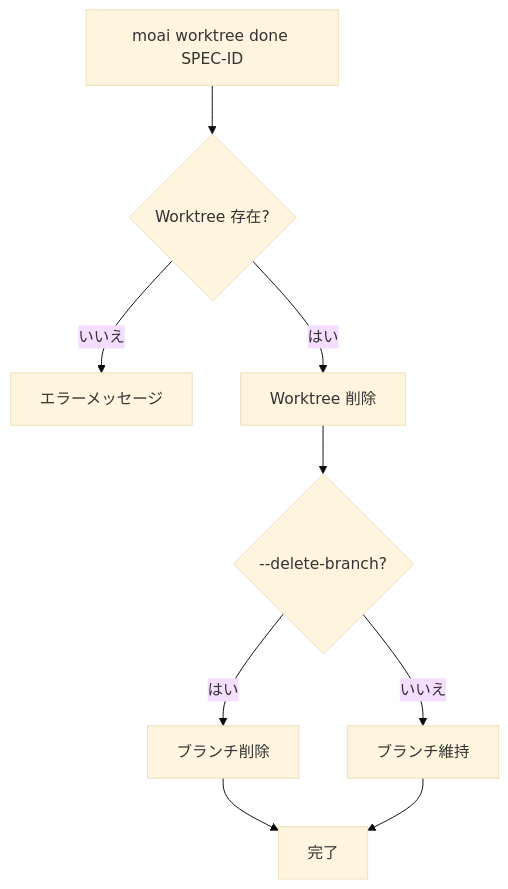
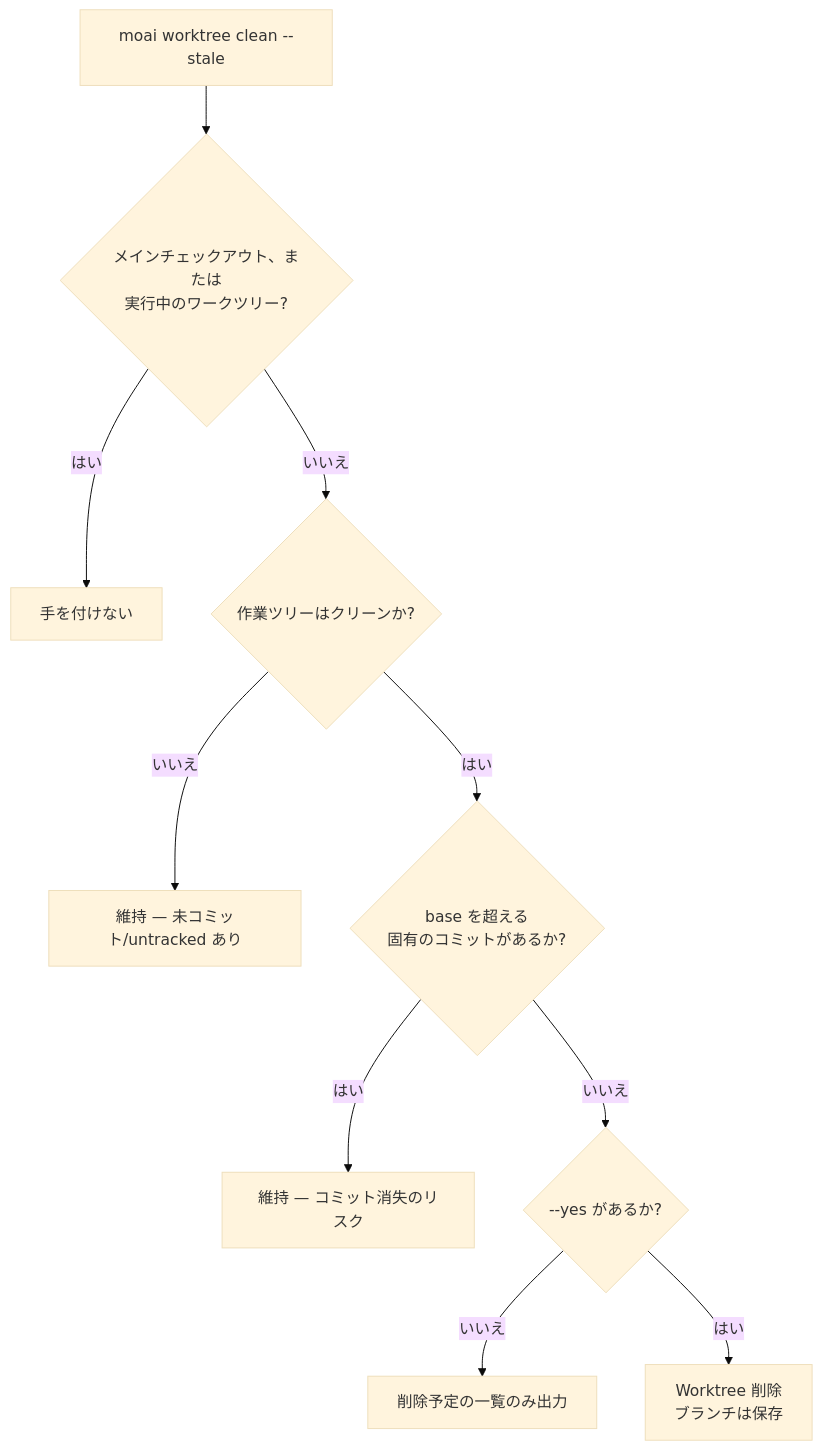
Before and after one commit to modu-ai/moai-adk: the third of 9 diagrams in docs-site/content/ja/worktree/guide.md, drawn with Mermaid (base theme). The commit also changed other lines of this file and 35 other files, not shown here.

````diff
--- a/docs-site/content/ja/worktree/guide.md
+++ b/docs-site/content/ja/worktree/guide.md
@@ -231,11 +279,12 @@
 ```mermaid
 flowchart TD
-    A[moai worktree done SPEC-ID] --> B{Worktree 存在?}
-    B -->|いいえ| C[エラーメッセージ]
-    B -->|はい| D[Worktree 削除]
-    D --> E{--delete-branch?}
-    E -->|はい| F[ブランチ削除]
-    E -->|いいえ| G[ブランチ維持]
-    F --> H[完了]
-    G --> H[完了]
+    A[moai worktree clean --stale] --> B{メインチェックアウト、または<br/>実行中のワークツリー?}
+    B -->|はい| C[手を付けない]
+    B -->|いいえ| D{作業ツリーはクリーンか?}
+    D -->|いいえ| E[維持 — 未コミット/untracked あり]
+    D -->|はい| F{base を超える<br/>固有のコミットがあるか?}
+    F -->|はい| G[維持 — コミット消失のリスク]
+    F -->|いいえ| H{--yes があるか?}
+    H -->|いいえ| I[削除予定の一覧のみ出力]
+    H -->|はい| J[Worktree 削除<br/>ブランチは保存]
 ```
````
